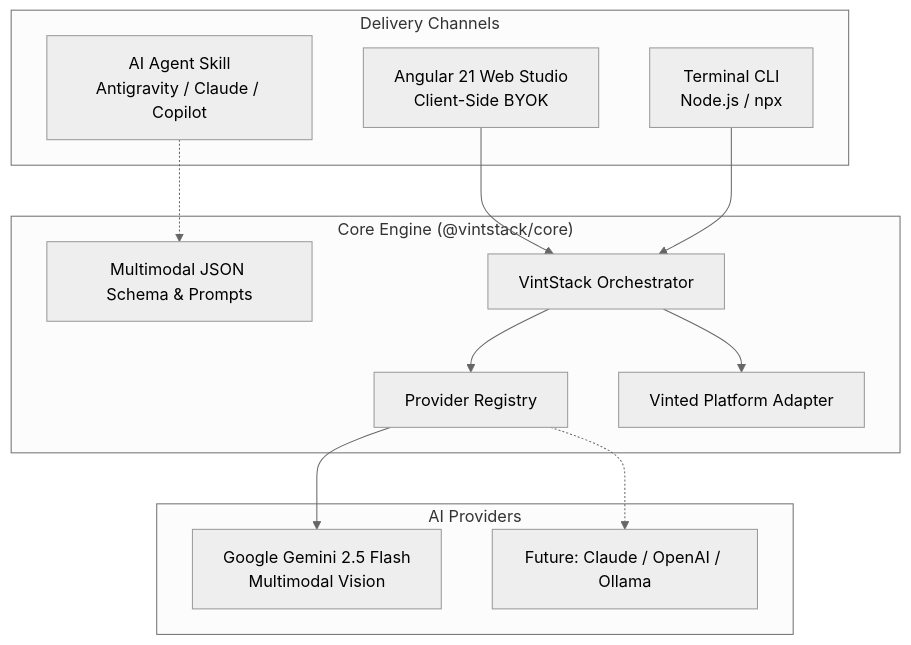
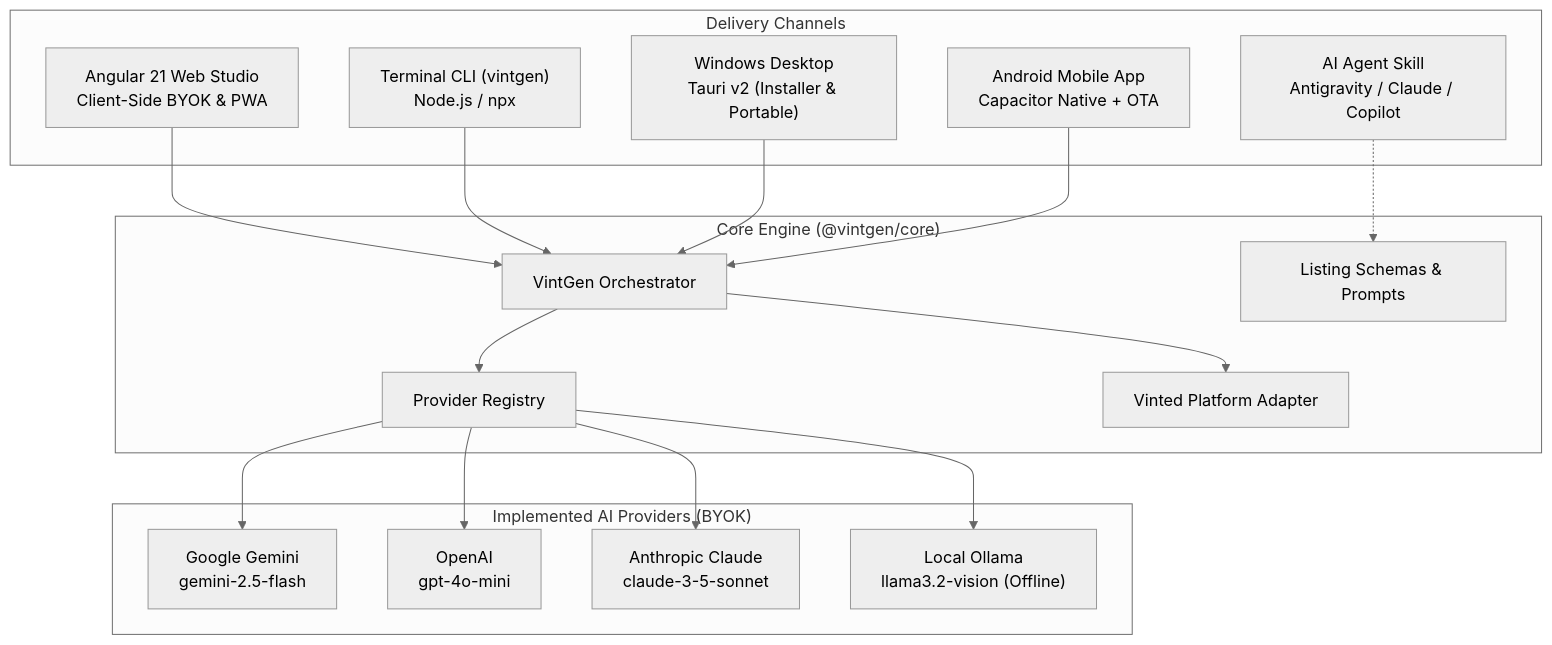
Before and after one commit to Raele24/VintGen: the diagram in docs/architecture.md, drawn with Mermaid (neutral theme). The commit also changed other lines of this file and 13 other files, not shown here.

````diff
--- a/docs/architecture.md
+++ b/docs/architecture.md
@@ -9,29 +9,37 @@
 ```mermaid
 graph TB
     subgraph "Delivery Channels"
-        WEB["Angular 21 Web Studio<br/>Client-Side BYOK"]
-        CLI["Terminal CLI<br/>Node.js / npx"]
+        WEB["Angular 21 Web Studio<br/>Client-Side BYOK & PWA"]
+        CLI["Terminal CLI (vintgen)<br/>Node.js / npx"]
+        WIN["Windows Desktop<br/>Tauri v2 (Installer & Portable)"]
+        AND["Android Mobile App<br/>Capacitor Native + OTA"]
         SKILL["AI Agent Skill<br/>Antigravity / Claude / Copilot"]
     end
 
-    subgraph "Core Engine (@vintstack/core)"
+    subgraph "Core Engine (@vintgen/core)"
+        ENG["VintGen Orchestrator"]
         REG["Provider Registry"]
-        SCH["Multimodal JSON Schema & Prompts"]
+        SCH["Listing Schemas & Prompts"]
         PLT["Vinted Platform Adapter"]
-        ENG["VintStack Orchestrator"]
     end
 
-    subgraph "AI Providers"
-        GEMINI["Google Gemini 2.5 Flash<br/>Multimodal Vision"]
-        FUTURE["Future: Claude / OpenAI / Ollama"]
+    subgraph "Implemented AI Providers (BYOK)"
+        GEMINI["Google Gemini<br/>gemini-2.5-flash"]
+        OPENAI["OpenAI<br/>gpt-4o-mini"]
+        CLAUDE["Anthropic Claude<br/>claude-3-5-sonnet"]
+        OLLAMA["Local Ollama<br/>llama3.2-vision (Offline)"]
     end
 
     WEB --> ENG
     CLI --> ENG
+    WIN --> ENG
+    AND --> ENG
     SKILL -.-> SCH
 
     ENG --> REG
+    ENG --> PLT
     REG --> GEMINI
-    REG -.-> FUTURE
-    ENG --> PLT
+    REG --> OPENAI
+    REG --> CLAUDE
+    REG --> OLLAMA
 ```
````
